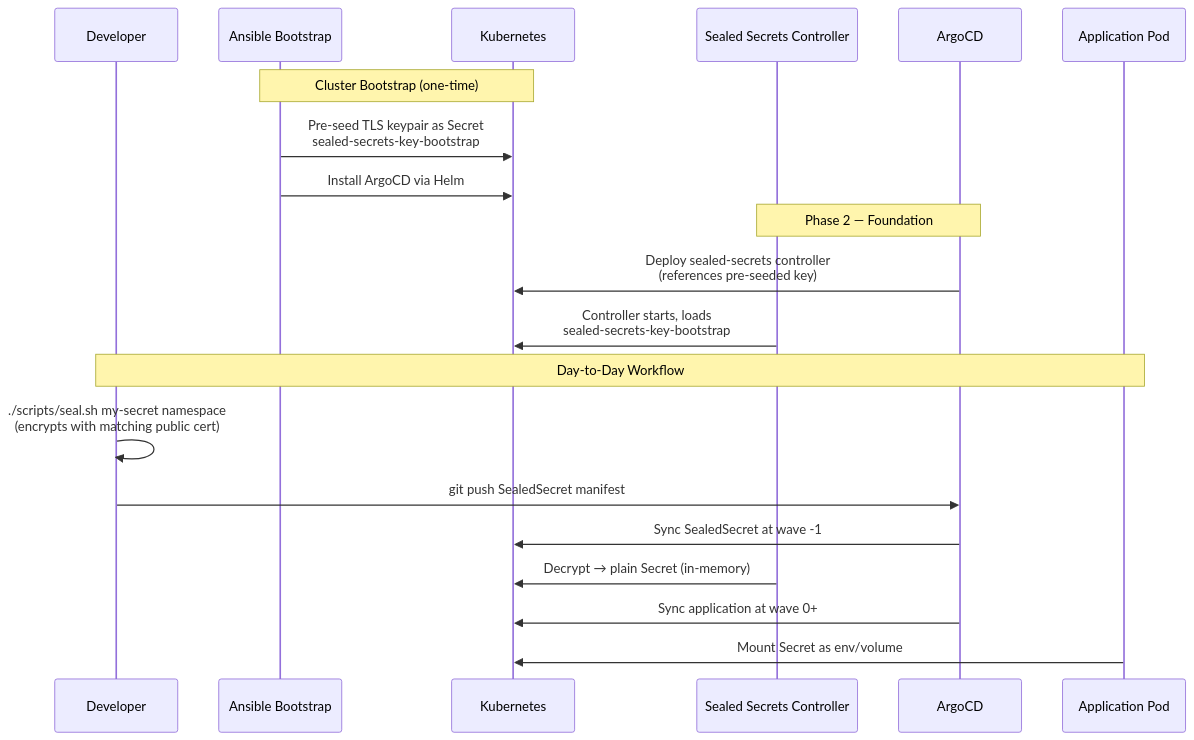
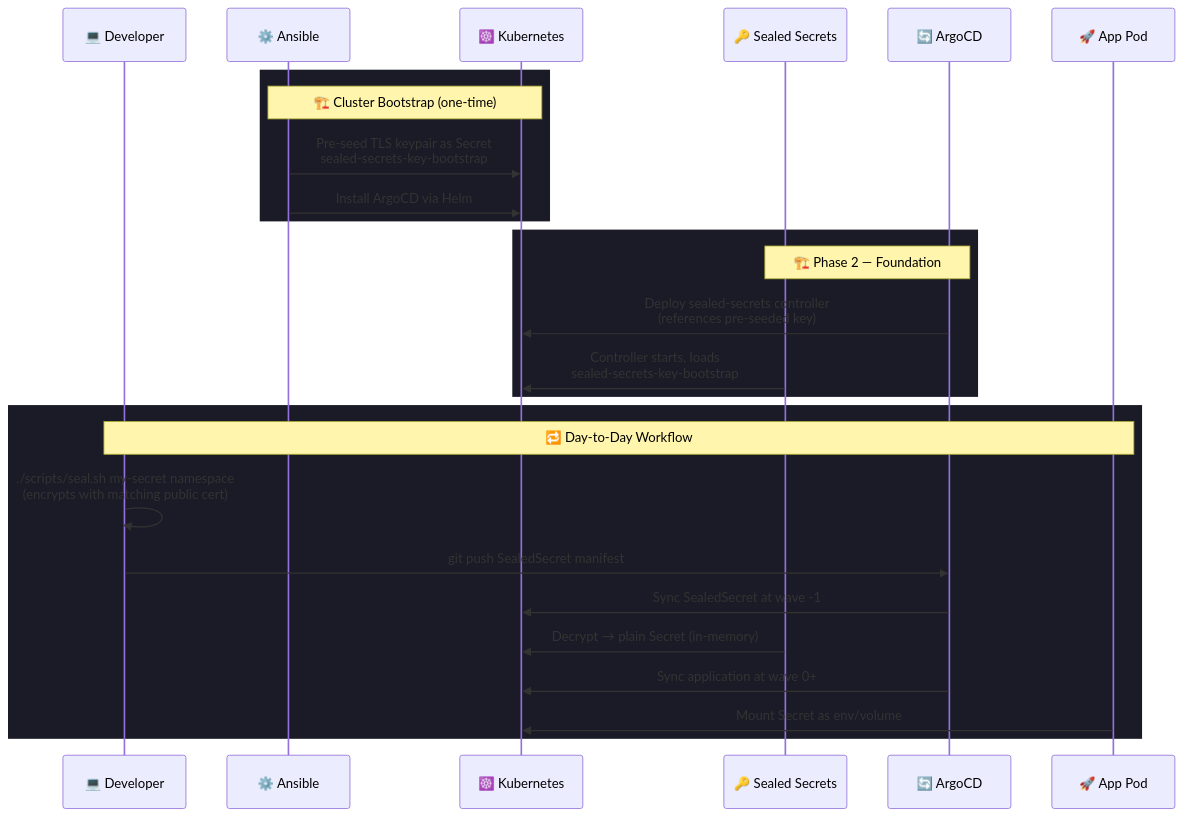
The eighth of 8 diagrams in README.md (Starktastic-Homelab/apps), drawn with Mermaid before and after one commit. The commit also changed other lines of this file, not shown here.

Commit message:
docs: upgrade Mermaid diagrams with emojis, new diagram types, and additional flows

````diff
--- a/README.md
+++ b/README.md
@@ -288,25 +414,31 @@
 ```mermaid
 sequenceDiagram
-    participant Dev as Developer
-    participant Ansible as Ansible Bootstrap
-    participant K8s as Kubernetes
-    participant SS as Sealed Secrets Controller
-    participant ArgoCD
-    participant App as Application Pod
+    participant Dev as 💻 Developer
+    participant Ansible as ⚙️ Ansible
+    participant K8s as ☸️ Kubernetes
+    participant SS as 🔑 Sealed Secrets
+    participant ArgoCD as 🔄 ArgoCD
+    participant App as 🚀 App Pod
 
-    Note over Ansible,K8s: Cluster Bootstrap (one-time)
+    rect rgb(26,27,39)
+    Note over Ansible,K8s: 🏗️ Cluster Bootstrap (one-time)
     Ansible->>K8s: Pre-seed TLS keypair as Secret<br/>sealed-secrets-key-bootstrap
     Ansible->>K8s: Install ArgoCD via Helm
+    end
 
-    Note over ArgoCD,SS: Phase 2 — Foundation
+    rect rgb(26,27,39)
+    Note over ArgoCD,SS: 🏗️ Phase 2 — Foundation
     ArgoCD->>K8s: Deploy sealed-secrets controller<br/>(references pre-seeded key)
     SS->>K8s: Controller starts, loads<br/>sealed-secrets-key-bootstrap
+    end
 
-    Note over Dev,App: Day-to-Day Workflow
+    rect rgb(26,27,39)
+    Note over Dev,App: 🔁 Day-to-Day Workflow
     Dev->>Dev: ./scripts/seal.sh my-secret namespace<br/>(encrypts with matching public cert)
     Dev->>ArgoCD: git push SealedSecret manifest
     ArgoCD->>K8s: Sync SealedSecret at wave -1
     SS->>K8s: Decrypt → plain Secret (in-memory)
     ArgoCD->>K8s: Sync application at wave 0+
     App->>K8s: Mount Secret as env/volume
+    end
 ```
````
